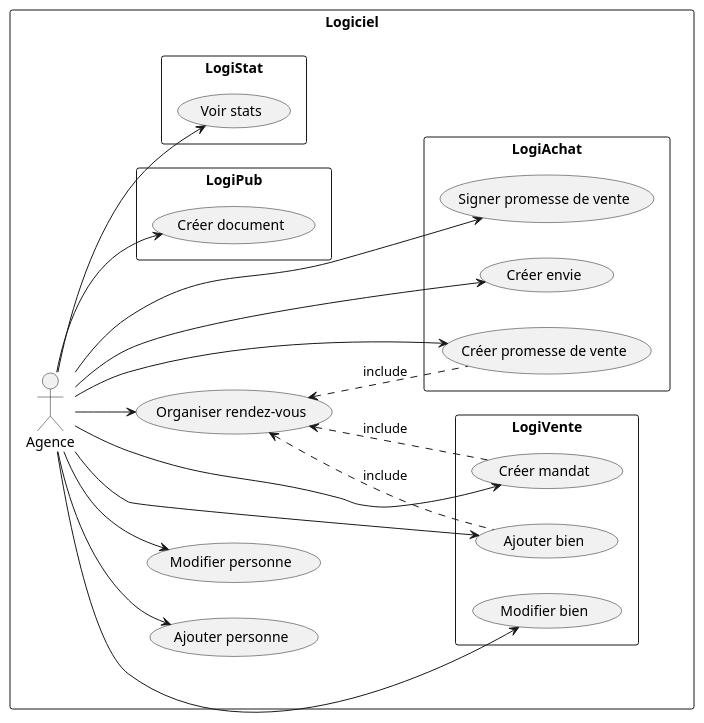
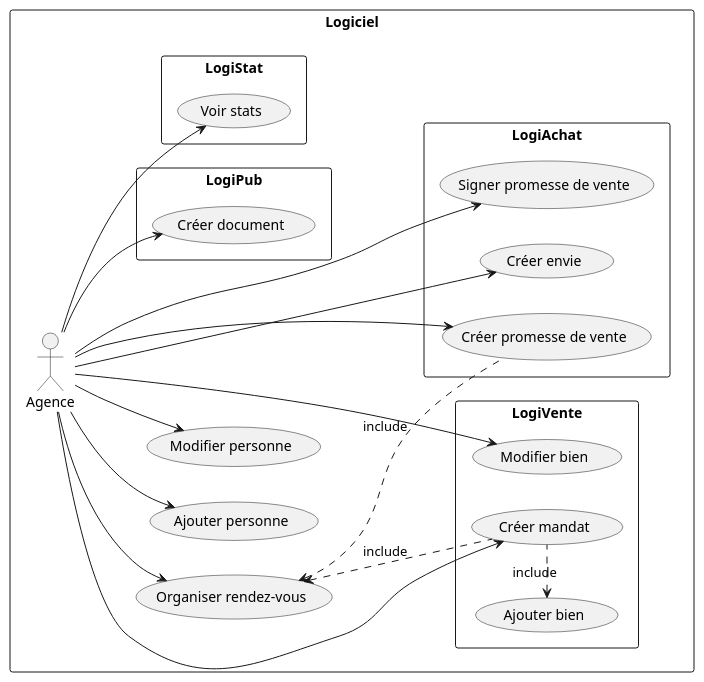
One commit to DenisGuiraudet/MIASHS_UML_PTUT changed the diagram in DOC/UML/diagUseCase.plantuml. Above: the diagram before and after it, drawn with PlantUML. The commit also changed 2 other files, not shown here.

Commit message:
UML : seq + useCase

```diff
--- a/DOC/UML/diagUseCase.plantuml
+++ b/DOC/UML/diagUseCase.plantuml
@@ -2,39 +2,38 @@
 @startuml
 
 left to right direction
 
 rectangle "Logiciel" {
 
   (Organiser rendez-vous)
 
   Agence --> (Ajouter personne)
   Agence --> (Modifier personne)
   Agence --> (Organiser rendez-vous)
 
   rectangle "LogiVente"{
-    Agence --> (Ajouter bien)
-    (Ajouter bien) .up.> (Organiser rendez-vous) : include
+    (Ajouter bien) <.right. (Créer mandat) : include
     Agence --> (Modifier bien)
     Agence --> (Créer mandat)
     (Créer mandat) .up.> (Organiser rendez-vous) : include
   }
 
   rectangle "LogiAchat"{
     Agence --> (Créer promesse de vente)
     Agence --> (Créer envie)
     (Créer promesse de vente) .up.> (Organiser rendez-vous) : include
     Agence --> (Signer promesse de vente)
   }
 
   rectangle "LogiPub"{
     Agence --> (Créer document)
   }
 
   rectangle "LogiStat"{
     Agence --> (Voir stats)
   }
 
 }
 
 
 @enduml
```
